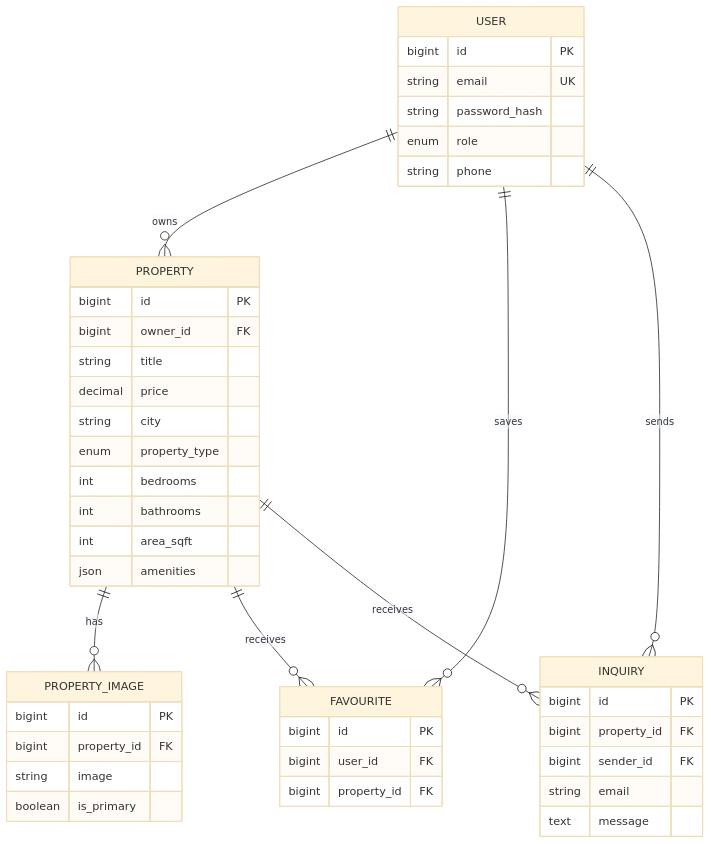
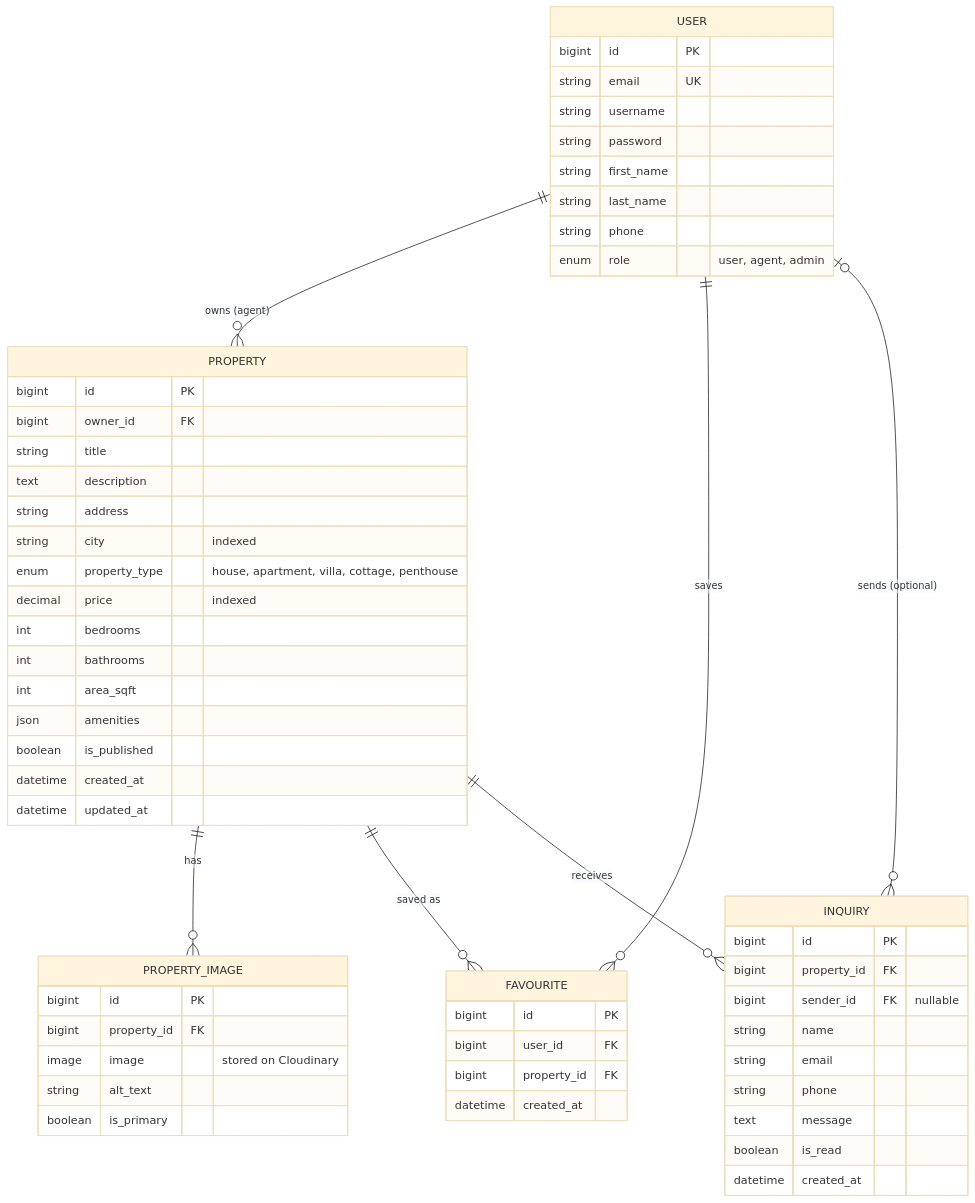
One commit to godwinhoods100-cpu/hexagon-homes changed the diagram in docs/ARCHITECTURE.md. Above: the diagram before and after it, drawn with Mermaid (base theme). The commit also changed other lines of this file and 5 other files, not shown here.

````diff
--- a/docs/ARCHITECTURE.md
+++ b/docs/ARCHITECTURE.md
@@ -13,47 +35,61 @@
 ```mermaid
 erDiagram
-  USER ||--o{ PROPERTY : owns
+  USER ||--o{ PROPERTY : "owns (agent)"
   USER ||--o{ FAVOURITE : saves
-  USER ||--o{ INQUIRY : sends
+  USER |o--o{ INQUIRY : "sends (optional)"
   PROPERTY ||--o{ PROPERTY_IMAGE : has
-  PROPERTY ||--o{ FAVOURITE : receives
+  PROPERTY ||--o{ FAVOURITE : "saved as"
   PROPERTY ||--o{ INQUIRY : receives
 
   USER {
     bigint id PK
     string email UK
-    string password_hash
-    enum role
+    string username
+    string password
+    string first_name
+    string last_name
     string phone
+    enum role "user, agent, admin"
   }
   PROPERTY {
     bigint id PK
     bigint owner_id FK
     string title
-    decimal price
-    string city
-    enum property_type
+    text description
+    string address
+    string city "indexed"
+    enum property_type "house, apartment, villa, cottage, penthouse"
+    decimal price "indexed"
     int bedrooms
     int bathrooms
     int area_sqft
     json amenities
+    boolean is_published
+    datetime created_at
+    datetime updated_at
   }
   PROPERTY_IMAGE {
     bigint id PK
     bigint property_id FK
-    string image
+    image image "stored on Cloudinary"
+    string alt_text
     boolean is_primary
   }
   FAVOURITE {
     bigint id PK
     bigint user_id FK
     bigint property_id FK
+    datetime created_at
   }
   INQUIRY {
     bigint id PK
     bigint property_id FK
-    bigint sender_id FK
+    bigint sender_id FK "nullable"
+    string name
     string email
+    string phone
     text message
+    boolean is_read
+    datetime created_at
   }
 ```
````
